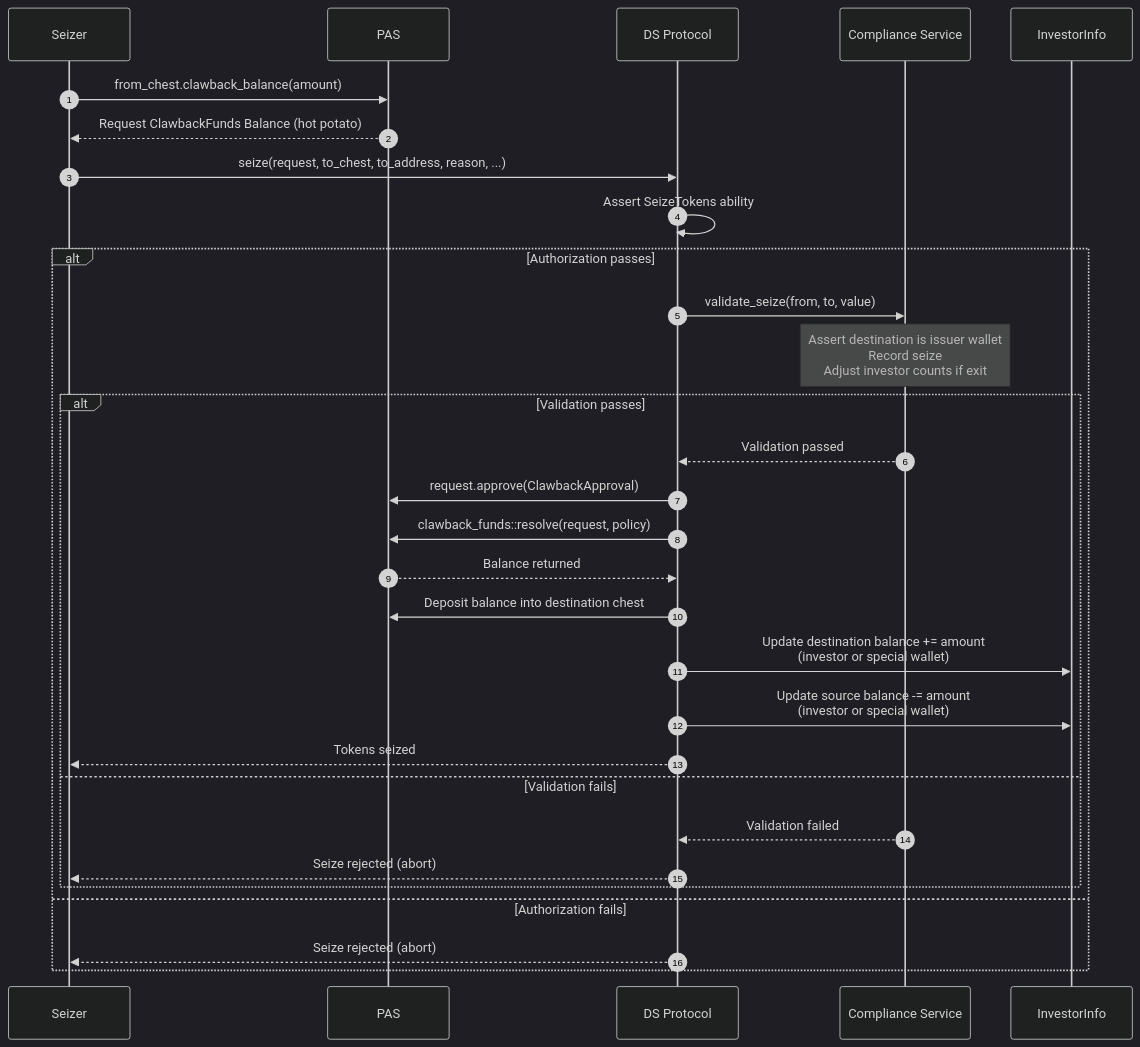
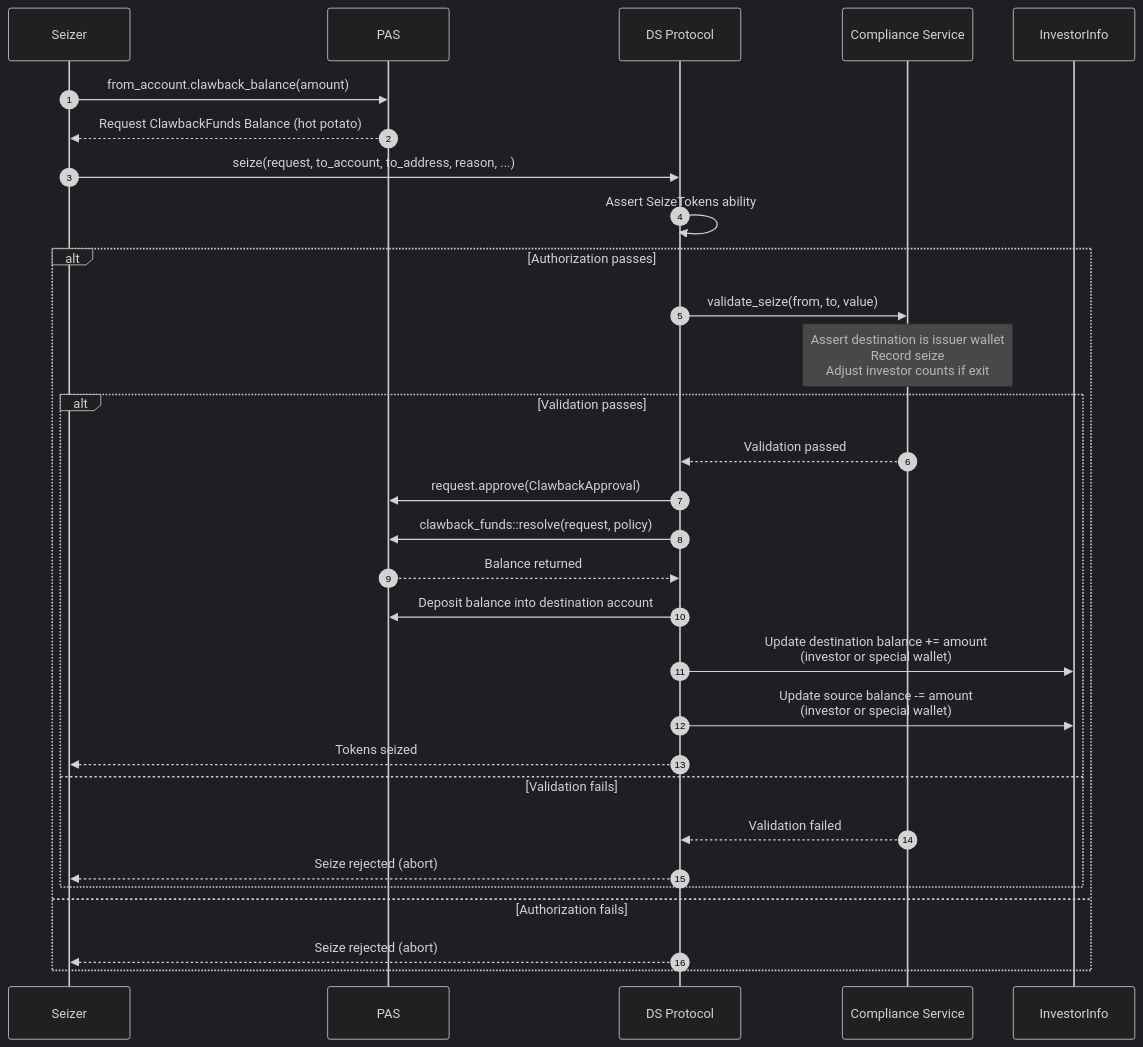
One commit to securitize-io/bc-sui-dstoken-sc changed the diagram in docs/seize-flow.md. Above: the diagram before and after it, drawn with Mermaid (dark theme). The commit also changed other lines of this file and 15 other files, not shown here.

Commit message:
feat: rename chest to account

````diff
--- a/docs/seize-flow.md
+++ b/docs/seize-flow.md
@@ -78,42 +78,42 @@
 ```mermaid
 sequenceDiagram
     autonumber
     participant Seizer as Seizer
     participant PAS as PAS
     participant DS as DS Protocol
     participant Compliance as Compliance Service
     participant Registry as InvestorInfo
 
-    Seizer->>PAS: from_chest.clawback_balance(amount)
+    Seizer->>PAS: from_account.clawback_balance(amount)
     PAS-->>Seizer: Request ClawbackFunds Balance (hot potato)
 
-    Seizer->>DS: seize(request, to_chest, to_address, reason, ...)
+    Seizer->>DS: seize(request, to_account, to_address, reason, ...)
 
     DS->>DS: Assert SeizeTokens ability
 
     alt Authorization passes
         DS->>Compliance: validate_seize(from, to, value)
 
         Note over Compliance: Assert destination is issuer wallet<br/>Record seize<br/>Adjust investor counts if exit
 
         alt Validation passes
             Compliance-->>DS: Validation passed
 
             DS->>PAS: request.approve(ClawbackApproval)
             DS->>PAS: clawback_funds::resolve(request, policy)
             PAS-->>DS: Balance returned
 
-            DS->>PAS: Deposit balance into destination chest
+            DS->>PAS: Deposit balance into destination account
 
             DS->>Registry: Update destination balance += amount<br/>(investor or special wallet)
             DS->>Registry: Update source balance -= amount<br/>(investor or special wallet)
 
             DS-->>Seizer: Tokens seized
         else Validation fails
             Compliance-->>DS: Validation failed
             DS-->>Seizer: Seize rejected (abort)
         end
     else Authorization fails
         DS-->>Seizer: Seize rejected (abort)
     end
 ```
````
